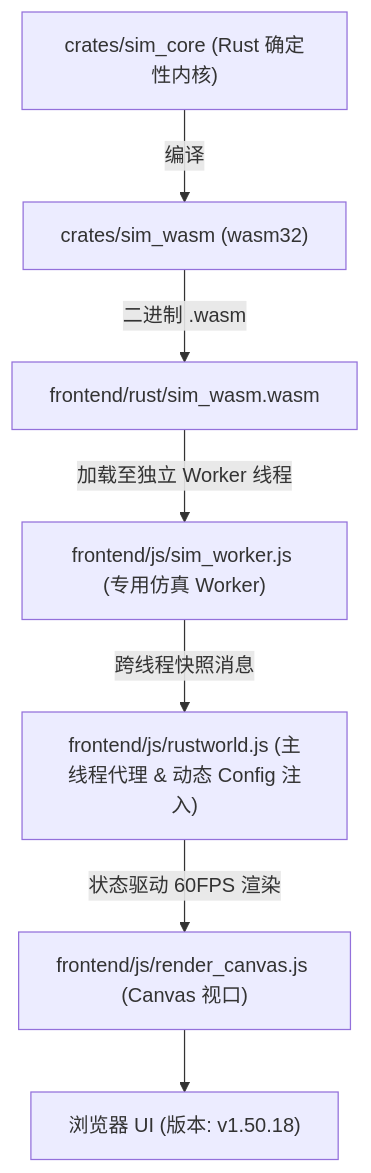
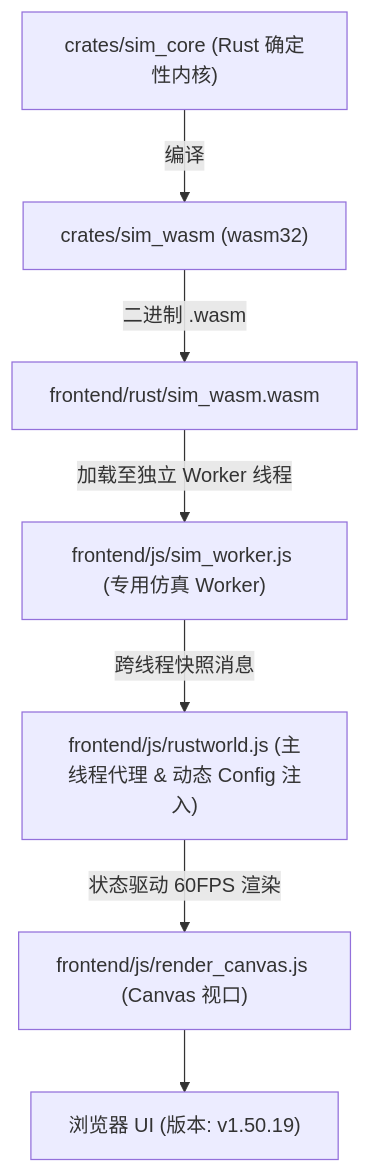
Before and after one commit to g39088902/FlowAndAccord: the diagram in AGENTS.md, drawn with Mermaid. The commit also changed other lines of this file and 37 other files, not shown here.

````diff
--- a/AGENTS.md
+++ b/AGENTS.md
@@ -62,9 +62,9 @@
 ```mermaid
 graph TD
     A["crates/sim_core (Rust 确定性内核)"] -->|编译| B["crates/sim_wasm (wasm32)"]
     B -->|二进制 .wasm| C["frontend/rust/sim_wasm.wasm"]
     C -->|加载至独立 Worker 线程| D["frontend/js/sim_worker.js (专用仿真 Worker)"]
     D -->|跨线程快照消息| E["frontend/js/rustworld.js (主线程代理 & 动态 Config 注入)"]
     E -->|状态驱动 60FPS 渲染| F["frontend/js/render_canvas.js (Canvas 视口)"]
-    F --> G["浏览器 UI (版本: v1.50.18)"]
+    F --> G["浏览器 UI (版本: v1.50.19)"]
 ```
````
